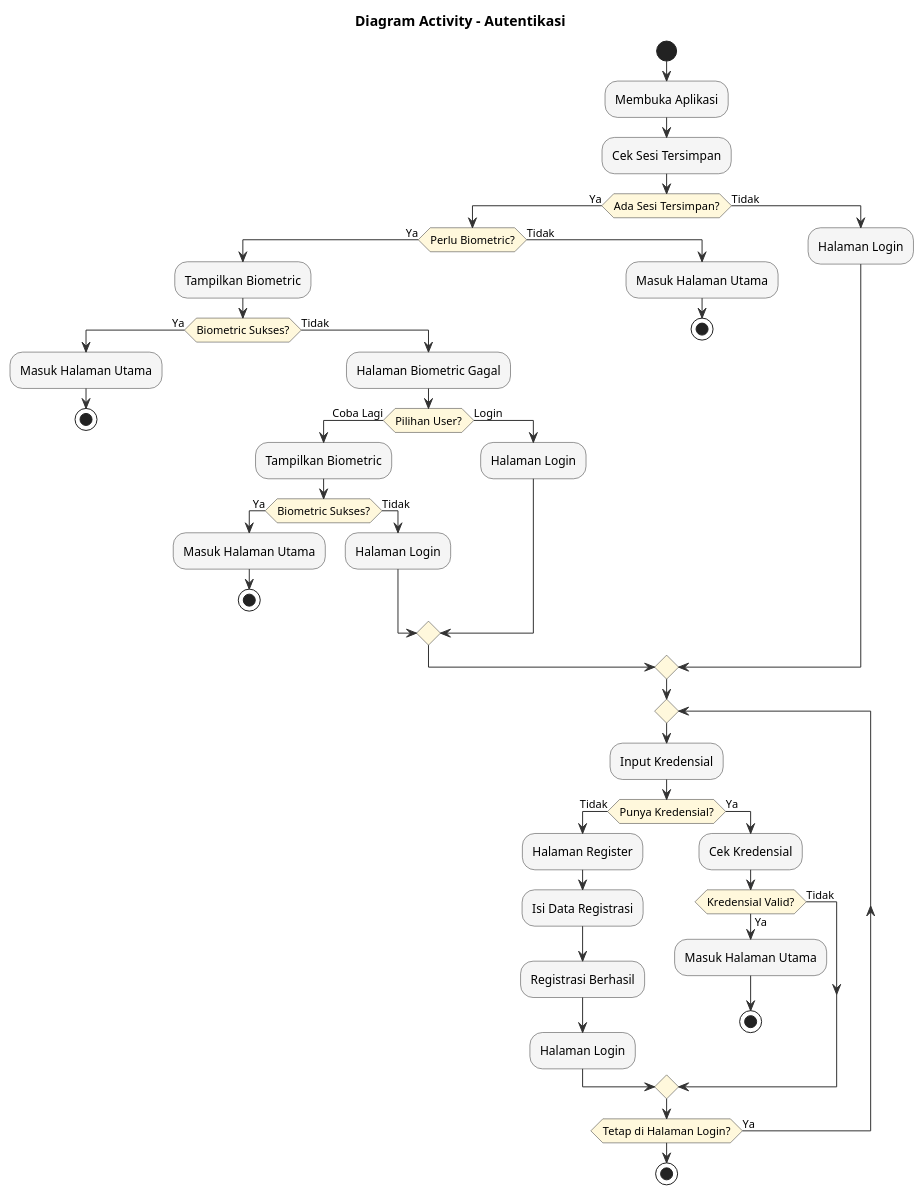
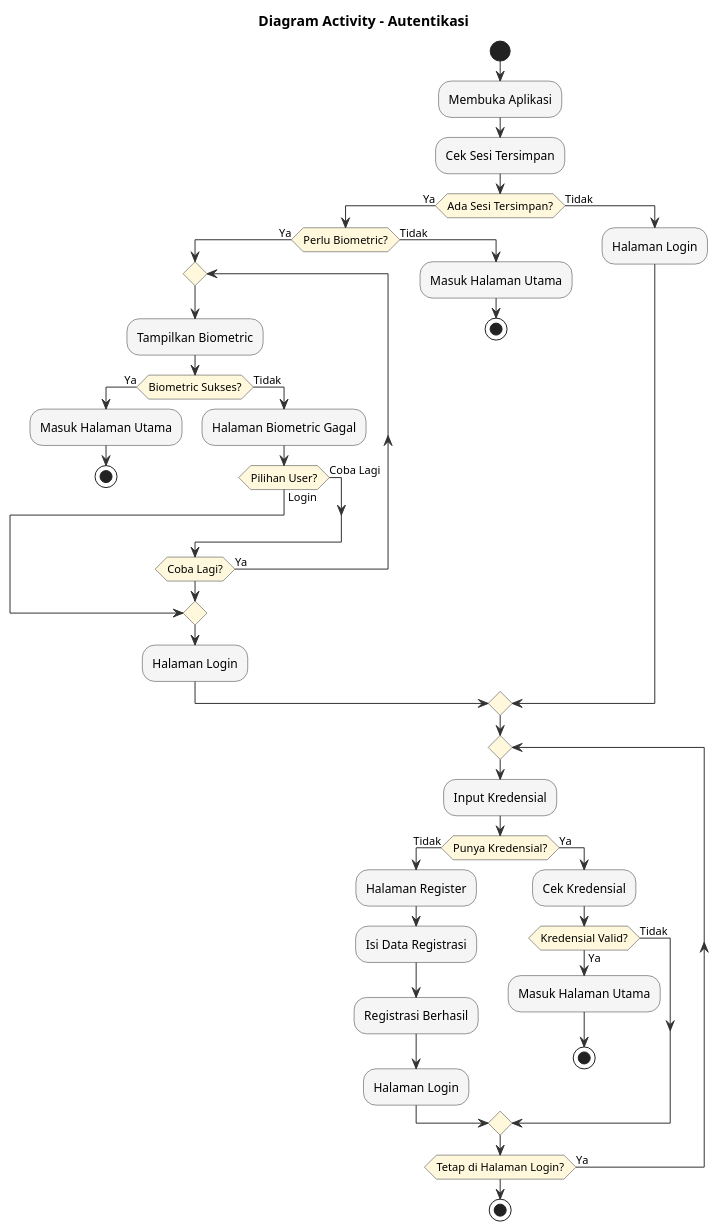
The diagram in laporan/diagram/auth.puml (levirs565/openrent), drawn with PlantUML before and after one commit. The commit also changed 16 other files, not shown here.

```diff
--- a/laporan/diagram/auth.puml
+++ b/laporan/diagram/auth.puml
@@ -1,62 +1,58 @@
 @startuml auth
 title Diagram Activity - Autentikasi
 
 skinparam ActivityBorderColor #333333
 skinparam ActivityBackgroundColor #f5f5f5
 skinparam ActivityDiamondBackgroundColor #fff8dc
 skinparam ActivityDiamondBorderColor #333333
 skinparam ArrowColor #333333
 
 start
 
 :Membuka Aplikasi;
 
 :Cek Sesi Tersimpan;
 
 if (Ada Sesi Tersimpan?) then (Ya)
   if (Perlu Biometric?) then (Ya)
-    :Tampilkan Biometric;
-    if (Biometric Sukses?) then (Ya)
-      :Masuk Halaman Utama;
-      stop
-    else (Tidak)
-      :Halaman Biometric Gagal;
-      if (Pilihan User?) then (Coba Lagi)
-        :Tampilkan Biometric;
-        if (Biometric Sukses?) then (Ya)
-          :Masuk Halaman Utama;
-          stop
-        else (Tidak)
-          :Halaman Login;
+    repeat
+      :Tampilkan Biometric;
+      if (Biometric Sukses?) then (Ya)
+        :Masuk Halaman Utama;
+        stop
+      else (Tidak)
+        :Halaman Biometric Gagal;
+        if (Pilihan User?) then (Login)
+          break
+        else (Coba Lagi)
         endif
-      else (Login)
-        :Halaman Login;
       endif
-    endif
+    repeat while (Coba Lagi?) is (Ya)
+    :Halaman Login;
   else (Tidak)
     :Masuk Halaman Utama;
     stop
   endif
 else (Tidak)
   :Halaman Login;
 endif
 
 repeat
   :Input Kredensial;
   if (Punya Kredensial?) then (Tidak)
     :Halaman Register;
     :Isi Data Registrasi;
     :Registrasi Berhasil;
     :Halaman Login;
   else (Ya)
     :Cek Kredensial;
     if (Kredensial Valid?) then (Ya)
       :Masuk Halaman Utama;
       stop
     else (Tidak)
     endif
   endif
 repeat while (Tetap di Halaman Login?) is (Ya)
 
 stop
 @enduml
```
